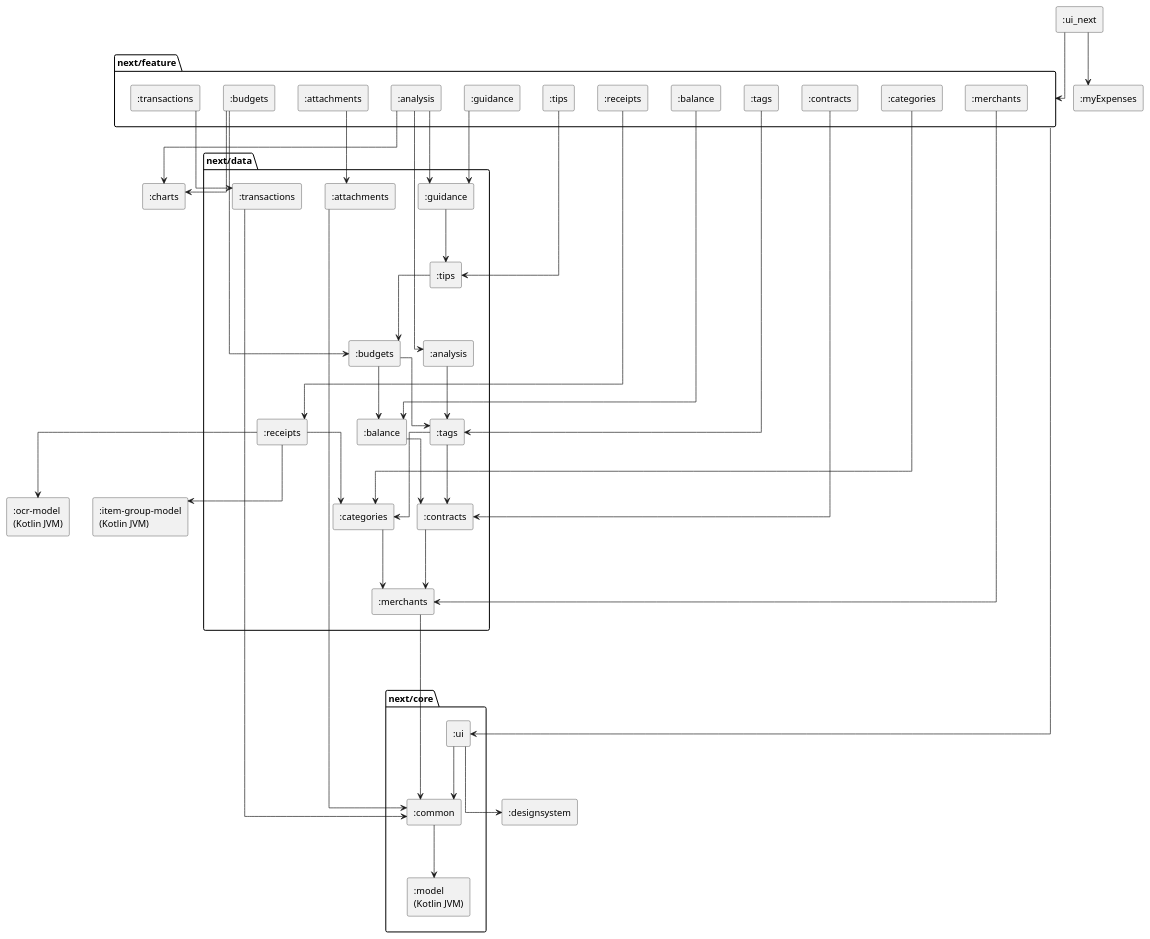
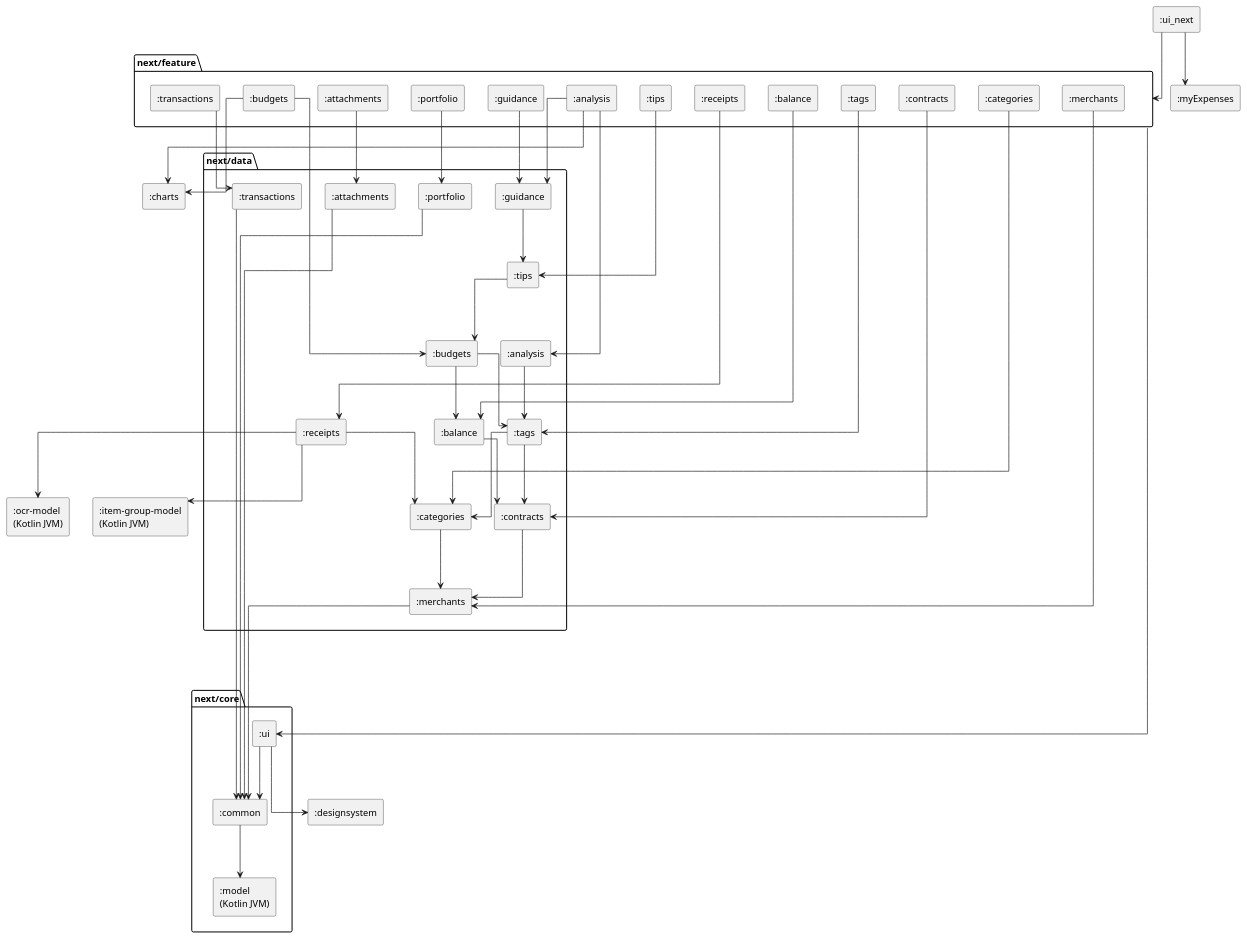
Before and after one commit to castn/MyExpenses: the diagram in ui_next/modules.puml, drawn with PlantUML. The commit also changed 53 other files, not shown here.

```diff
--- a/ui_next/modules.puml
+++ b/ui_next/modules.puml
@@ -1,95 +1,99 @@
 @startuml modules
 ' Generated by the task moduleGraph of build-logic (ModuleGraphPlugin), do not edit.
 ' Dependencies between the modules of the new UI, rule `mod-diagram` of ARCHITECTURE.md.
 ' An edge that follows from a longer path is left out.
 ' An edge from or to a package stands for an edge from or to every module in it.
 skinparam componentStyle rectangle
 skinparam linetype ortho
 skinparam ranksep 80
 top to bottom direction
 
 [:charts] as mCharts
 [:designsystem] as mDesignsystem
 [:item-group-model\n(Kotlin JVM)] as mItemGroupModel
 [:myExpenses] as mMyExpenses
 [:ocr-model\n(Kotlin JVM)] as mOcrModel
 [:ui_next] as mUiNext
 
 package "next/core" as pNextCore {
     [:common] as mNextCoreCommon
     [:model\n(Kotlin JVM)] as mNextCoreModel
     [:ui] as mNextCoreUi
 }
 
 package "next/data" as pNextData {
     [:analysis] as mNextDataAnalysis
     [:attachments] as mNextDataAttachments
     [:balance] as mNextDataBalance
     [:budgets] as mNextDataBudgets
     [:categories] as mNextDataCategories
     [:contracts] as mNextDataContracts
     [:guidance] as mNextDataGuidance
     [:merchants] as mNextDataMerchants
+    [:portfolio] as mNextDataPortfolio
     [:receipts] as mNextDataReceipts
     [:tags] as mNextDataTags
     [:tips] as mNextDataTips
     [:transactions] as mNextDataTransactions
 }
 
 package "next/feature" as pNextFeature {
     [:analysis] as mNextFeatureAnalysis
     [:attachments] as mNextFeatureAttachments
     [:balance] as mNextFeatureBalance
     [:budgets] as mNextFeatureBudgets
     [:categories] as mNextFeatureCategories
     [:contracts] as mNextFeatureContracts
     [:guidance] as mNextFeatureGuidance
     [:merchants] as mNextFeatureMerchants
+    [:portfolio] as mNextFeaturePortfolio
     [:receipts] as mNextFeatureReceipts
     [:tags] as mNextFeatureTags
     [:tips] as mNextFeatureTips
     [:transactions] as mNextFeatureTransactions
 }
 
 ' Layout only
 mNextDataMerchants -[hidden]--> pNextCore
 mNextFeatureTransactions -[hidden]--> pNextData
 
 mUiNext --> pNextFeature
 pNextFeature --> mNextCoreUi
 mNextCoreCommon --> mNextCoreModel
 mNextCoreUi --> mDesignsystem
 mNextCoreUi --> mNextCoreCommon
 mNextDataAnalysis --> mNextDataTags
 mNextDataAttachments --> mNextCoreCommon
 mNextDataBalance --> mNextDataContracts
 mNextDataBudgets --> mNextDataBalance
 mNextDataBudgets --> mNextDataTags
 mNextDataCategories --> mNextDataMerchants
 mNextDataContracts --> mNextDataMerchants
 mNextDataGuidance --> mNextDataTips
 mNextDataMerchants --> mNextCoreCommon
+mNextDataPortfolio --> mNextCoreCommon
 mNextDataReceipts --> mItemGroupModel
 mNextDataReceipts --> mNextDataCategories
 mNextDataReceipts --> mOcrModel
 mNextDataTags --> mNextDataCategories
 mNextDataTags --> mNextDataContracts
 mNextDataTips --> mNextDataBudgets
 mNextDataTransactions --> mNextCoreCommon
 mNextFeatureAnalysis --> mCharts
 mNextFeatureAnalysis --> mNextDataAnalysis
 mNextFeatureAnalysis --> mNextDataGuidance
 mNextFeatureAttachments --> mNextDataAttachments
 mNextFeatureBalance --> mNextDataBalance
 mNextFeatureBudgets --> mCharts
 mNextFeatureBudgets --> mNextDataBudgets
 mNextFeatureCategories --> mNextDataCategories
 mNextFeatureContracts --> mNextDataContracts
 mNextFeatureGuidance --> mNextDataGuidance
 mNextFeatureMerchants --> mNextDataMerchants
+mNextFeaturePortfolio --> mNextDataPortfolio
 mNextFeatureReceipts --> mNextDataReceipts
 mNextFeatureTags --> mNextDataTags
 mNextFeatureTips --> mNextDataTips
 mNextFeatureTransactions --> mNextDataTransactions
 mUiNext --> mMyExpenses
 @enduml
```
